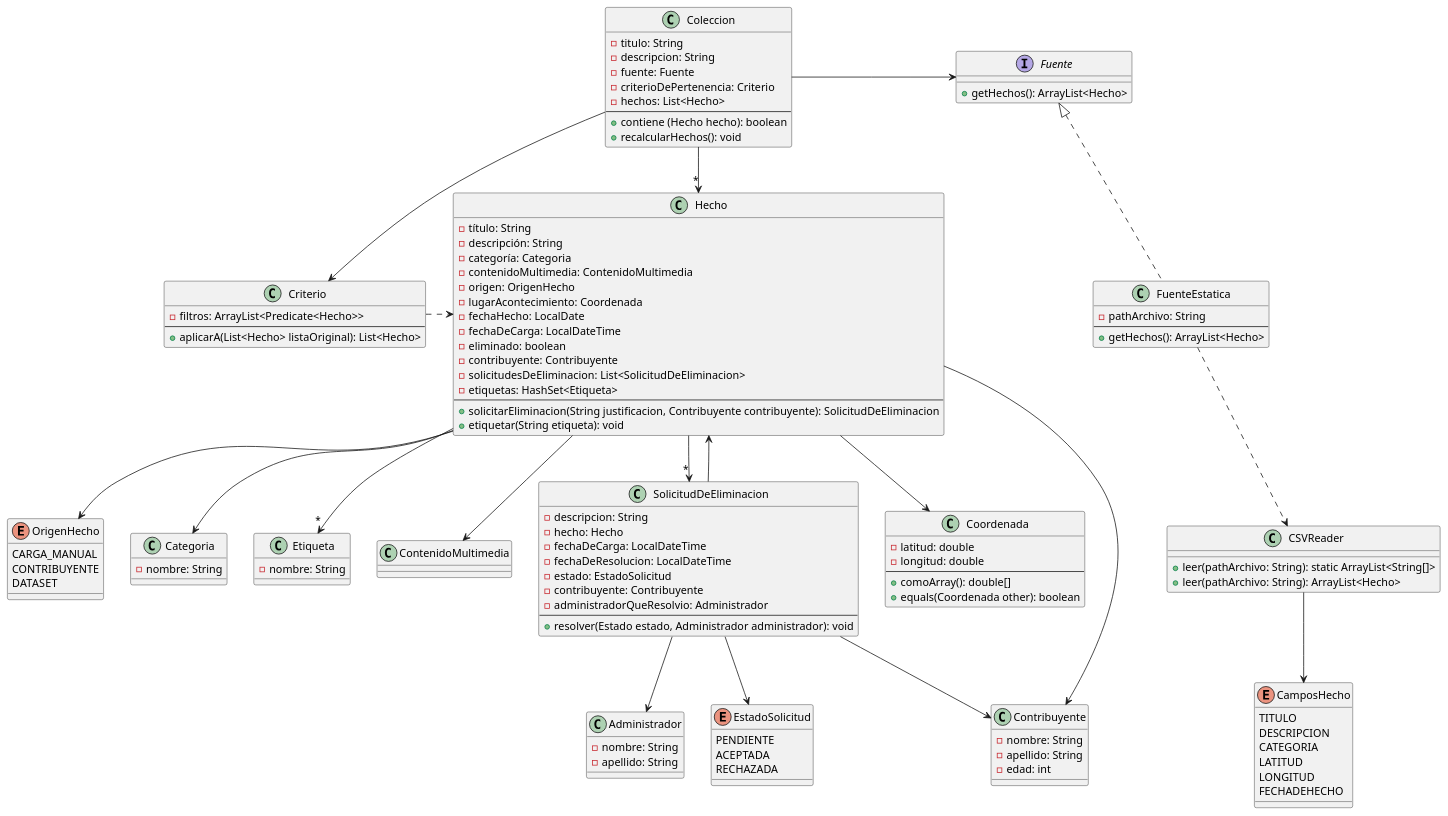
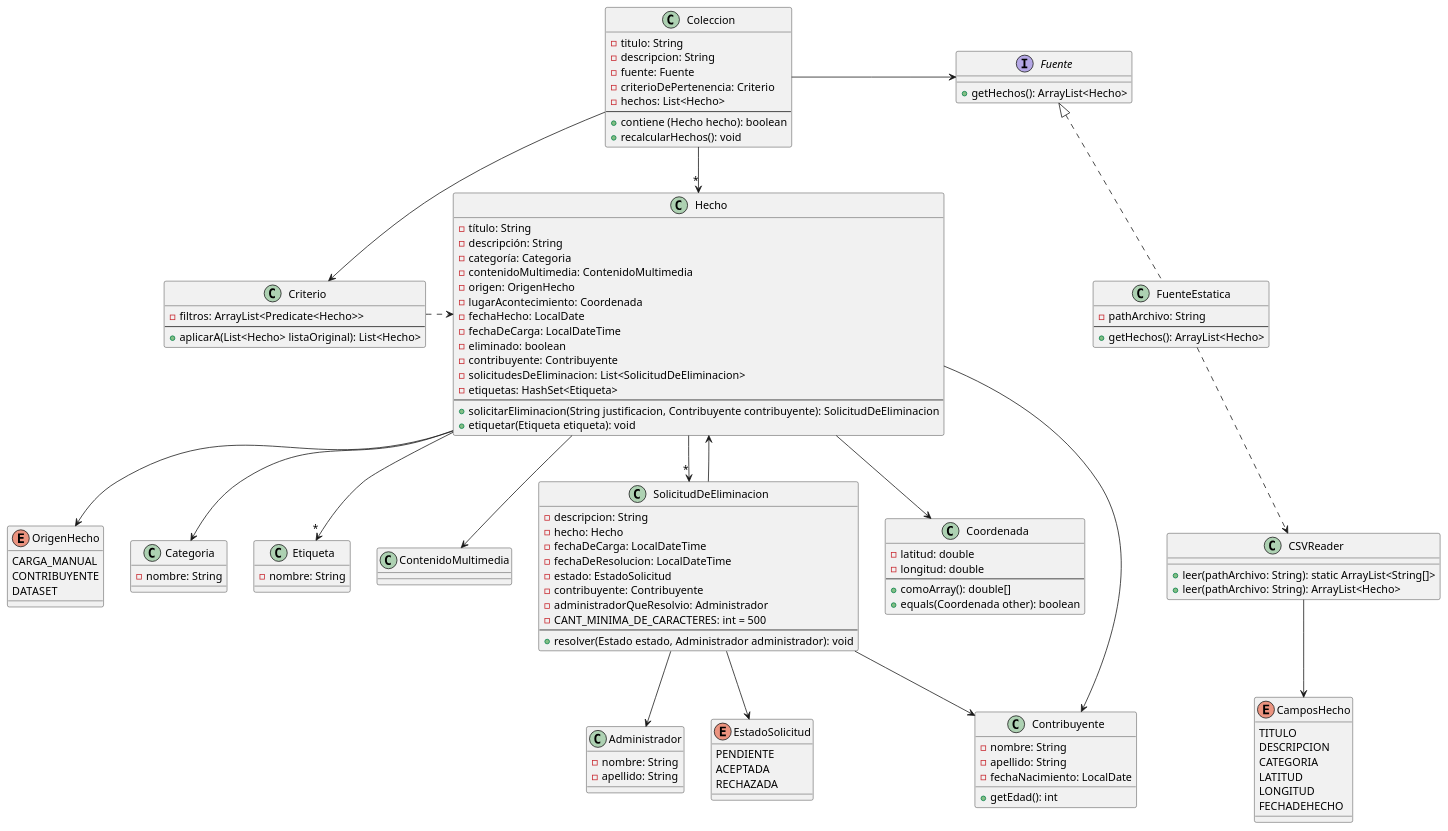
Before and after one commit to faustorod1/MetaMapa: the diagram in DiagDeClases.puml, drawn with PlantUML. The commit also changed 11 other files, not shown here.

```diff
--- a/DiagDeClases.puml
+++ b/DiagDeClases.puml
@@ -1,145 +1,148 @@
 @startuml
 
 class Hecho{
 - título: String
 - descripción: String
 - categoría: Categoria
 - contenidoMultimedia: ContenidoMultimedia
 - origen: OrigenHecho
 - lugarAcontecimiento: Coordenada
 - fechaHecho: LocalDate
 - fechaDeCarga: LocalDateTime
 - eliminado: boolean
 - contribuyente: Contribuyente
 - solicitudesDeEliminacion: List<SolicitudDeEliminacion>
 - etiquetas: HashSet<Etiqueta>
 --
 + solicitarEliminacion(String justificacion, Contribuyente contribuyente): SolicitudDeEliminacion
-+ etiquetar(String etiqueta): void
++ etiquetar(Etiqueta etiqueta): void
 }
 enum OrigenHecho{
 CARGA_MANUAL
 CONTRIBUYENTE
 DATASET
 }
 
 enum CamposHecho{
  TITULO
  DESCRIPCION
  CATEGORIA
  LATITUD
  LONGITUD
  FECHADEHECHO
 }
 
 class Categoria{
 - nombre: String
 }
 
 class Etiqueta{
 - nombre: String
 }
 
 class Coleccion{
 - titulo: String
 - descripcion: String
 - fuente: Fuente
 - criterioDePertenencia: Criterio
 - hechos: List<Hecho>
 --
 + contiene (Hecho hecho): boolean
 + recalcularHechos(): void
 }
 
 class ContenidoMultimedia{}
 
 class Criterio{
 - filtros: ArrayList<Predicate<Hecho>>
 --
 + aplicarA(List<Hecho> listaOriginal): List<Hecho>
 }
 
 class SolicitudDeEliminacion{
 - descripcion: String
 - hecho: Hecho
 - fechaDeCarga: LocalDateTime
 - fechaDeResolucion: LocalDateTime
 - estado: EstadoSolicitud
 - contribuyente: Contribuyente
 - administradorQueResolvio: Administrador
+- CANT_MINIMA_DE_CARACTERES: int = 500
 --
 + resolver(Estado estado, Administrador administrador): void
 }
 
 enum EstadoSolicitud {
 PENDIENTE
 ACEPTADA
 RECHAZADA
 }
 
 interface Fuente{
 + getHechos(): ArrayList<Hecho>
 }
 
 class FuenteEstatica{
 - pathArchivo: String
 --
 + getHechos(): ArrayList<Hecho>
 }
 
 class Coordenada{
 - latitud: double
 - longitud: double
 --
 + comoArray(): double[]
 + equals(Coordenada other): boolean
 }
 
 class Administrador{
 - nombre: String
 - apellido: String
 }
 
 class Contribuyente{
 - nombre: String
 - apellido: String
-- edad: int
+- fechaNacimiento: LocalDate
+
++ getEdad(): int
 }
 
 class CSVReader{
  + leer(pathArchivo: String): static ArrayList<String[]>
  + leer(pathArchivo: String): ArrayList<Hecho>
 }
 
 
 
 
 
 
 Hecho --> Categoria
 Hecho --> Coordenada
 Hecho -->"*" SolicitudDeEliminacion
 Hecho --> ContenidoMultimedia
 Hecho --> OrigenHecho
 Hecho -->"*" Etiqueta
 Hecho --> Contribuyente
 
 Coleccion -r-> Fuente
 Coleccion --> Criterio
 Coleccion -->"*" Hecho
 
 
 Criterio .r.> Hecho
 
 SolicitudDeEliminacion --> Hecho
 SolicitudDeEliminacion --> EstadoSolicitud
 SolicitudDeEliminacion --> Contribuyente
 SolicitudDeEliminacion --> Administrador
 
 FuenteEstatica .u.|> Fuente
 FuenteEstatica ..> CSVReader
 
 CSVReader --> CamposHecho
 
 
 @enduml
```
